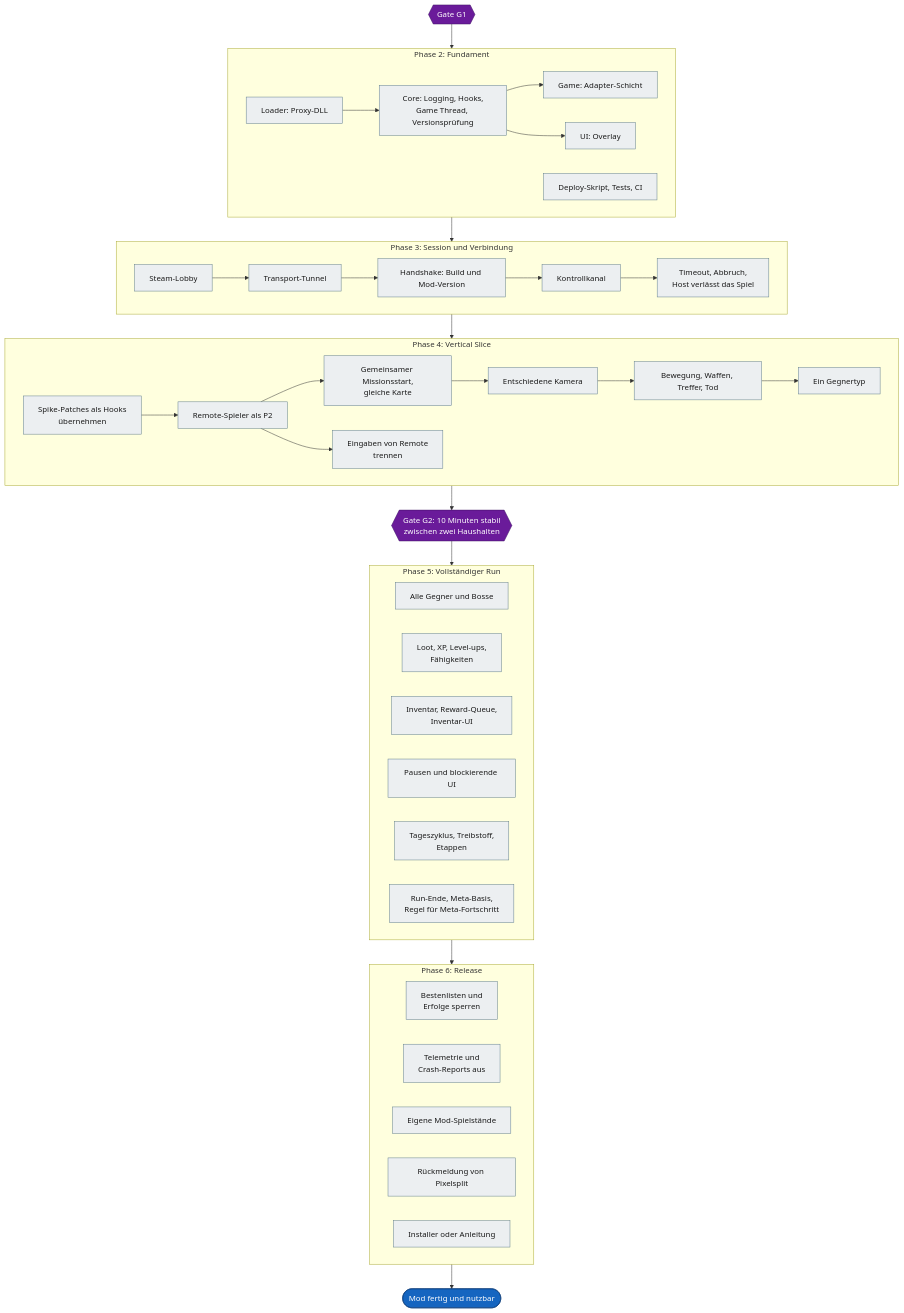
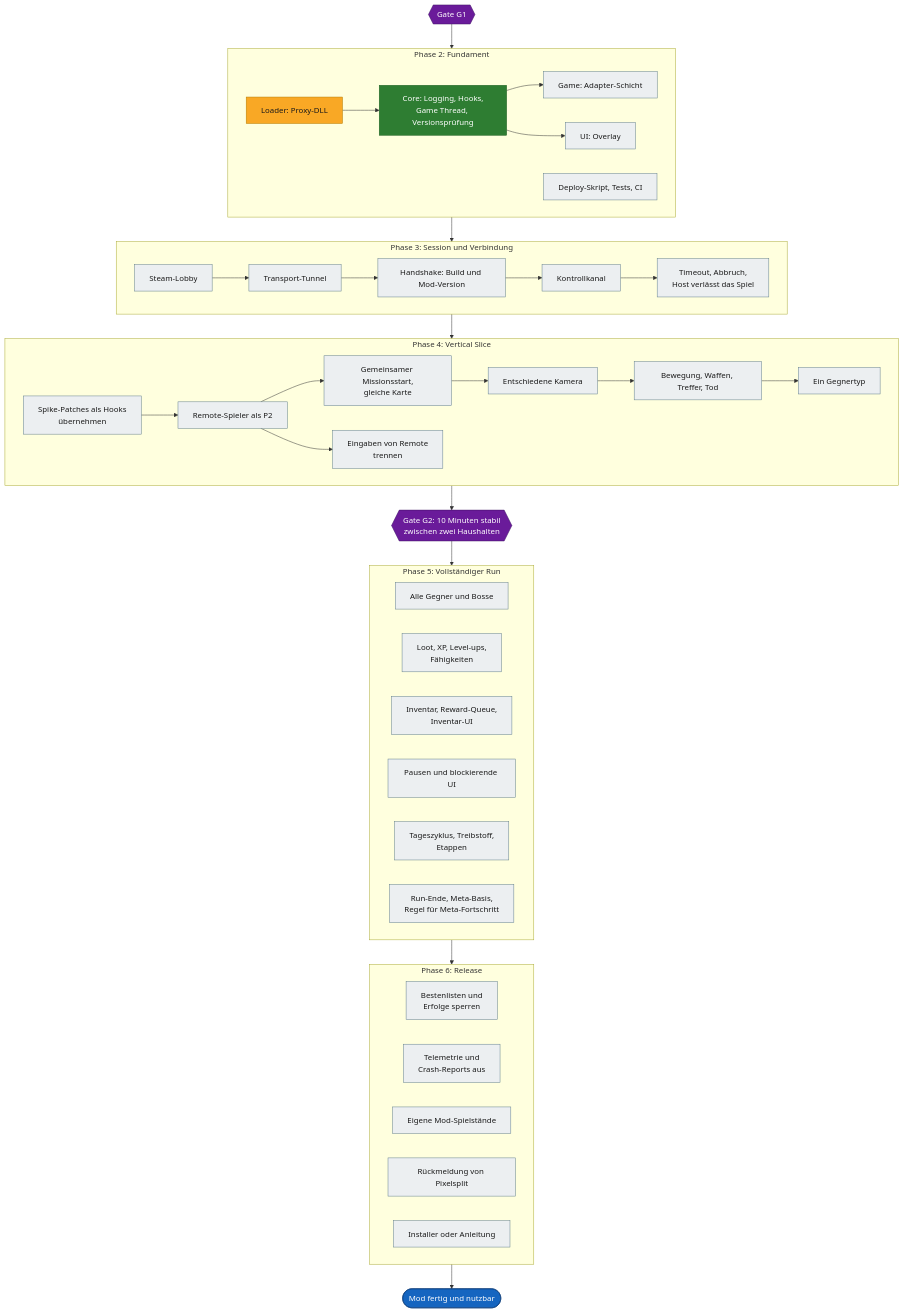
One commit to VitaminStack/Deadly-Days-Roadtrip-Multiplayer-Mod changed the third of 4 diagrams in docs/ROADMAP.md. Above: the diagram before and after it, drawn with Mermaid. The commit also changed other lines of this file and 12 other files, not shown here.

First line of the commit message:
loader: add version.dll proxy and mod entry point (#23)

````diff
--- a/docs/ROADMAP.md
+++ b/docs/ROADMAP.md
@@ -138,62 +138,64 @@
 ```mermaid
 flowchart TD
     G1{{"Gate G1"}}:::gate
 
     subgraph PH2["Phase 2: Fundament"]
-        L["Loader: Proxy-DLL"]:::open
-        C["Core: Logging, Hooks,<br/>Game Thread, Versionsprüfung"]:::open
+        L["Loader: Proxy-DLL"]:::wip
+        C["Core: Logging, Hooks,<br/>Game Thread, Versionsprüfung"]:::done
         GA["Game: Adapter-Schicht"]:::open
         U["UI: Overlay"]:::open
         W["Deploy-Skript, Tests, CI"]:::open
         L --> C --> GA
         C --> U
     end
 
     subgraph PH3["Phase 3: Session und Verbindung"]
         LO["Steam-Lobby"]:::open
         TN["Transport-Tunnel"]:::open
         HS["Handshake: Build und Mod-Version"]:::open
         FE["Timeout, Abbruch,<br/>Host verlässt das Spiel"]:::open
         KK["Kontrollkanal"]:::open
         LO --> TN --> HS --> KK --> FE
     end
 
     subgraph PH4["Phase 4: Vertical Slice"]
         SH["Spike-Patches als Hooks<br/>übernehmen"]:::open
         R2["Remote-Spieler als P2"]:::open
         MS["Gemeinsamer Missionsstart,<br/>gleiche Karte"]:::open
         KM["Entschiedene Kamera"]:::open
         KA["Bewegung, Waffen, Treffer, Tod"]:::open
         GT["Ein Gegnertyp"]:::open
         EI["Eingaben von Remote<br/>trennen"]:::open
         SH --> R2 --> MS --> KM --> KA --> GT
         R2 --> EI
     end
 
     G2{{"Gate G2: 10 Minuten stabil<br/>zwischen zwei Haushalten"}}:::gate
 
     subgraph PH5["Phase 5: Vollständiger Run"]
         GE["Alle Gegner und Bosse"]:::open
         XP["Loot, XP, Level-ups,<br/>Fähigkeiten"]:::open
         IV["Inventar, Reward-Queue,<br/>Inventar-UI"]:::open
         PU["Pausen und blockierende UI"]:::open
         TG["Tageszyklus, Treibstoff,<br/>Etappen"]:::open
         ME["Run-Ende, Meta-Basis,<br/>Regel für Meta-Fortschritt"]:::open
     end
 
     subgraph PH6["Phase 6: Release"]
         SB["Bestenlisten und<br/>Erfolge sperren"]:::open
         TE["Telemetrie und<br/>Crash-Reports aus"]:::open
         SV["Eigene Mod-Spielstände"]:::open
         PS["Rückmeldung von Pixelsplit"]:::open
         IN["Installer oder Anleitung"]:::open
     end
 
     Z(["Mod fertig und nutzbar"]):::goal
 
     G1 --> PH2 --> PH3 --> PH4 --> G2 --> PH5 --> PH6 --> Z
 
+    classDef done fill:#2e7d32,stroke:#1b5e20,color:#ffffff
+    classDef wip fill:#f9a825,stroke:#b27a00,color:#1a1a1a
     classDef open fill:#eceff1,stroke:#607d8b,color:#1a1a1a
     classDef gate fill:#6a1b9a,stroke:#3e1163,color:#ffffff
     classDef goal fill:#1565c0,stroke:#0d3c78,color:#ffffff
 ```
````
